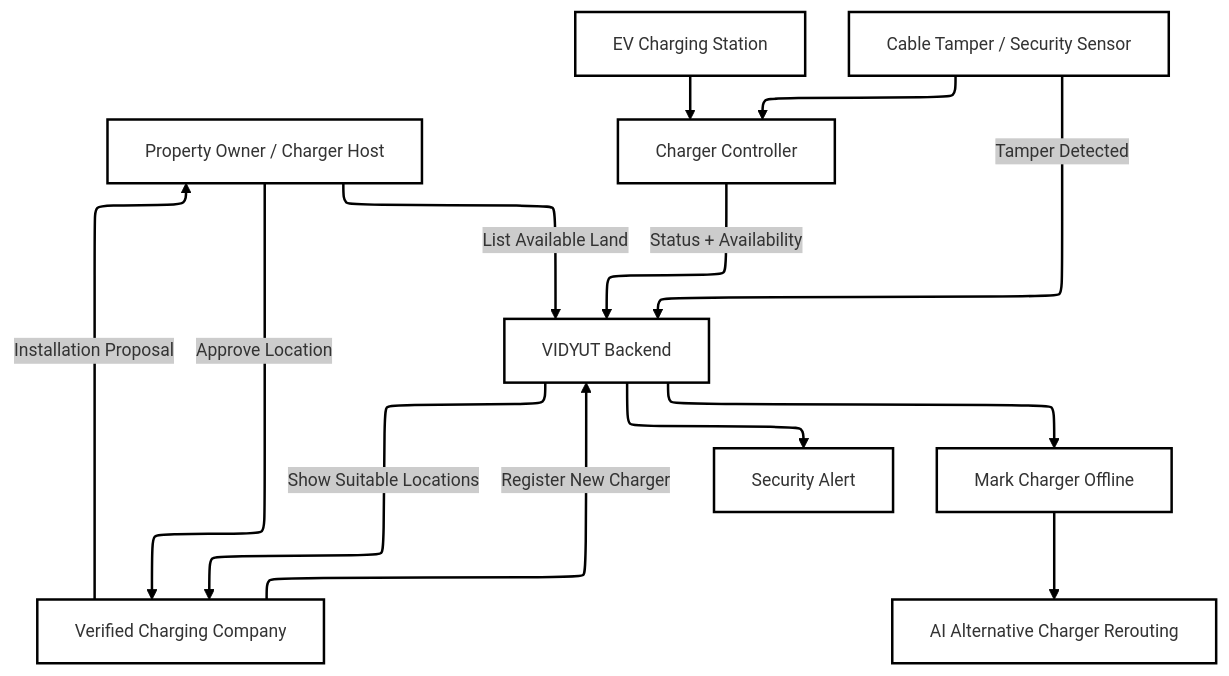
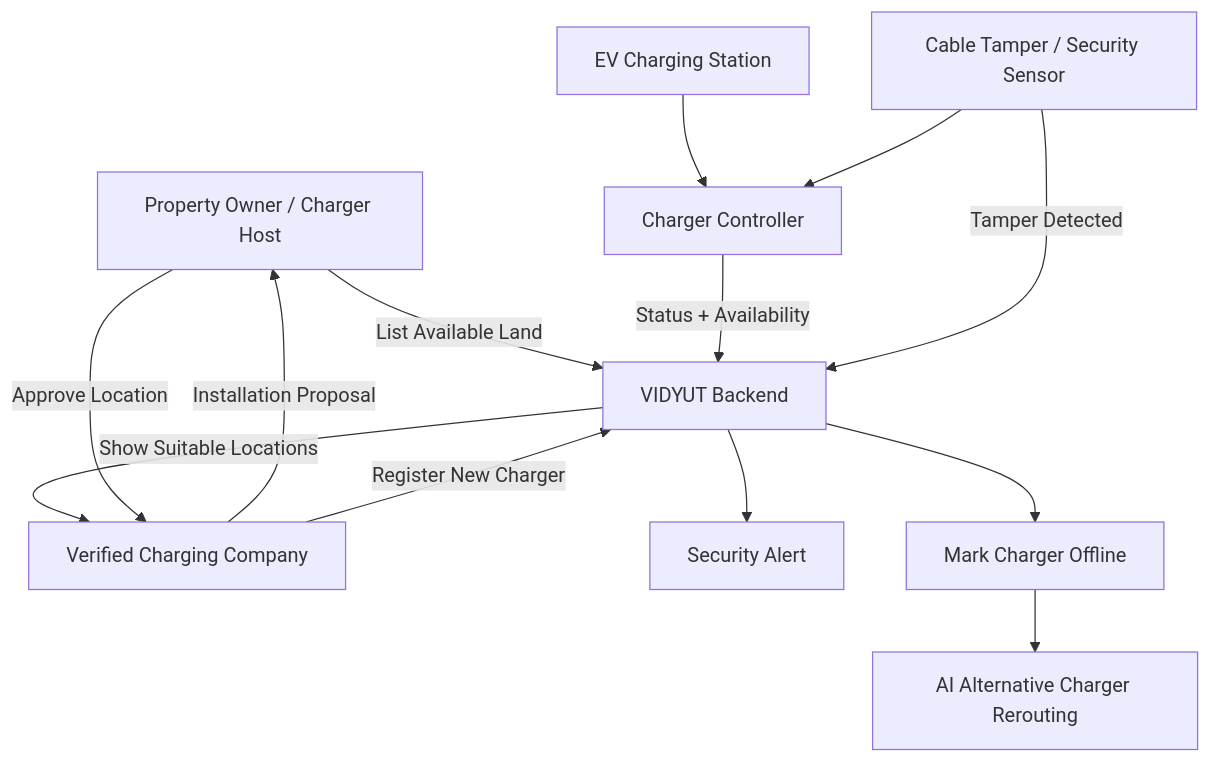
The third of 8 diagrams in docs/CONSOLIDATED_DOCUMENTATION.md (cs1m2414238/vidyutEV-1.0), drawn with Mermaid before and after one commit. The commit also changed other lines of this file and 1 other file, not shown here.

Commit message:
added graphs

````diff
--- a/docs/CONSOLIDATED_DOCUMENTATION.md
+++ b/docs/CONSOLIDATED_DOCUMENTATION.md
@@ -62,19 +140,14 @@
 ```mermaid
----
-config:
-  layout: elk
-  theme: neo
----
 flowchart TB
     HOST["Property Owner / Charger Host"] -- List Available Land --> BACKEND["VIDYUT Backend"]
     BACKEND -- Show Suitable Locations --> COMPANY["Verified Charging Company"]
     COMPANY -- Installation Proposal --> HOST
     HOST -- Approve Location --> COMPANY
     COMPANY -- Register New Charger --> BACKEND
     STATION["EV Charging Station"] --> CONTROLLER["Charger Controller"]
     SENSOR["Cable Tamper / Security Sensor"] --> CONTROLLER
     CONTROLLER -- Status + Availability --> BACKEND
     SENSOR -- Tamper Detected --> BACKEND
     BACKEND --> ALERT["Security Alert"] & OFFLINE["Mark Charger Offline"]
     OFFLINE --> REROUTE["AI Alternative Charger Rerouting"]
 ```
````
